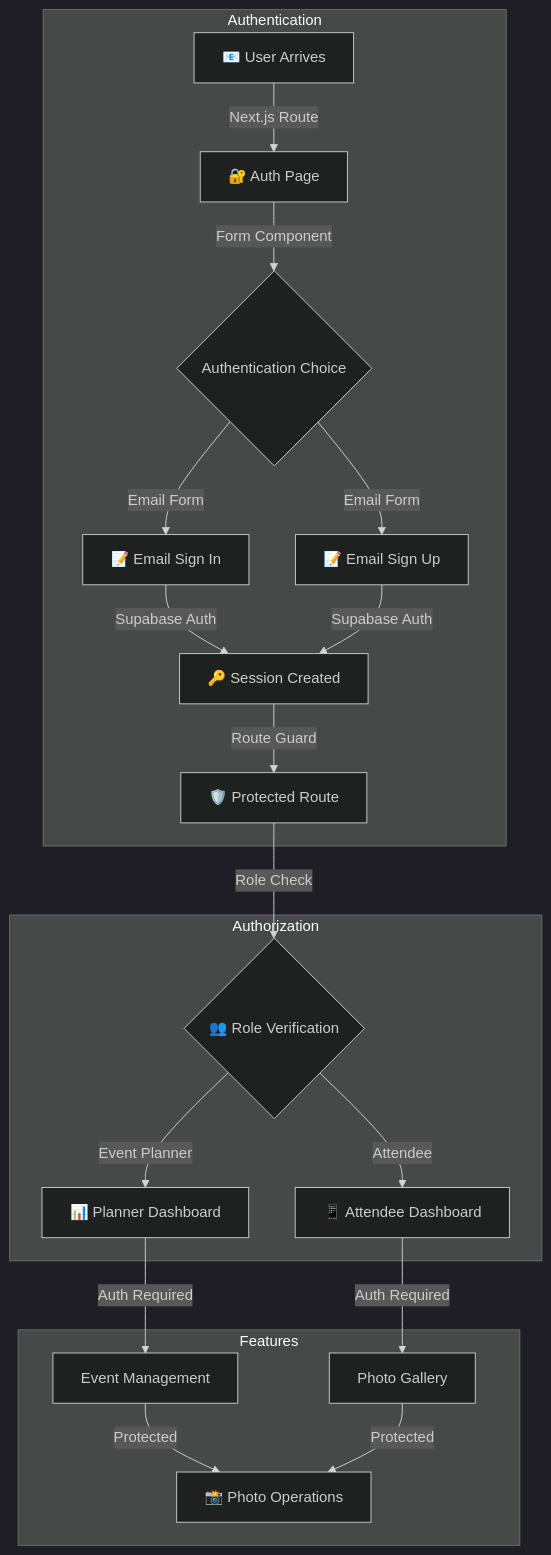
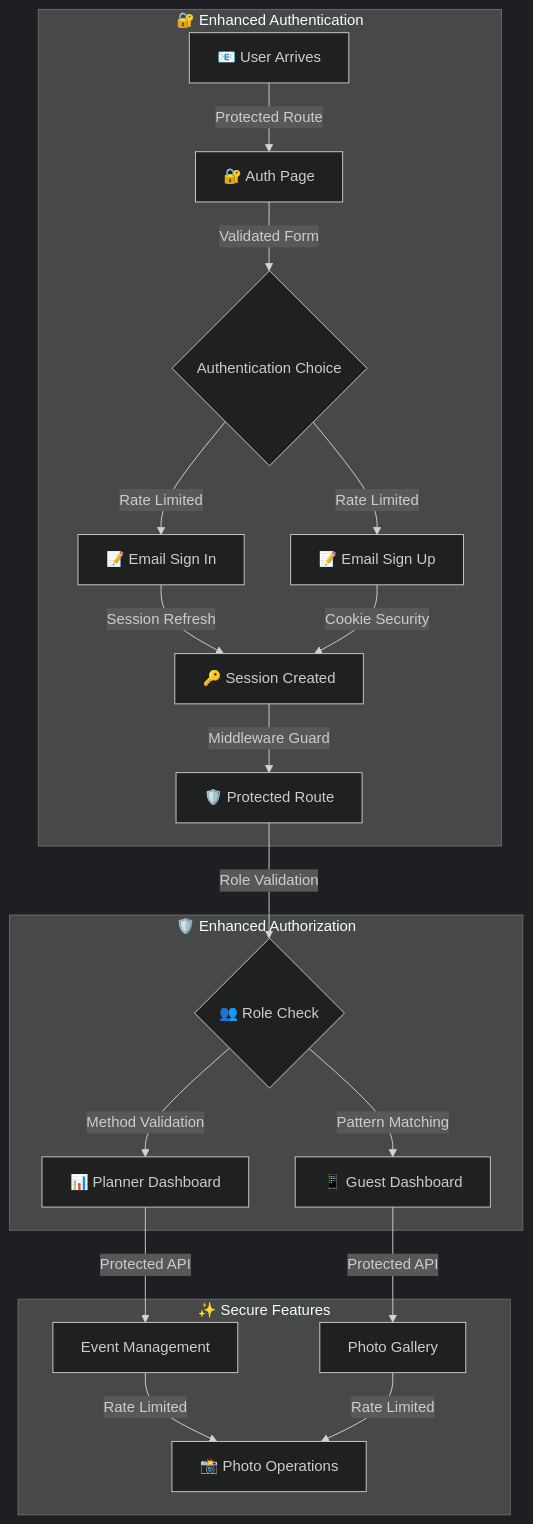
Before and after one commit to mrj0nesmtl/cloud-burst: the diagram in docs/user-flows/user_flow_chart.md, drawn with Mermaid (dark theme). The commit also changed other lines of this file and 16 other files, not shown here.

First line of the commit message:
docs: update project documentation and roadmap

````diff
--- a/docs/user-flows/user_flow_chart.md
+++ b/docs/user-flows/user_flow_chart.md
@@ -8,29 +8,29 @@
 ```mermaid
 graph TD
-    subgraph Authentication
-        A[📧 User Arrives] -->|Next.js Route| B[🔐 Auth Page]
-        B -->|Form Component| C{Authentication Choice}
+    subgraph Authentication [🔐 Enhanced Authentication]
+        A[📧 User Arrives] -->|Protected Route| B[🔐 Auth Page]
+        B -->|Validated Form| C{Authentication Choice}
         
-        C -->|Email Form| D[📝 Email Sign In]
-        C -->|Email Form| E[📝 Email Sign Up]
+        C -->|Rate Limited| D[📝 Email Sign In]
+        C -->|Rate Limited| E[📝 Email Sign Up]
         
-        D -->|Supabase Auth| F[🔑 Session Created]
-        E -->|Supabase Auth| F
+        D -->|Session Refresh| F[🔑 Session Created]
+        E -->|Cookie Security| F
         
-        F -->|Route Guard| G[🛡️ Protected Route]
+        F -->|Middleware Guard| G[🛡️ Protected Route]
     end
 
-    subgraph Authorization
-        G -->|Role Check| H{👥 Role Verification}
-        H -->|Event Planner| I[📊 Planner Dashboard]
-        H -->|Attendee| J[📱 Attendee Dashboard]
+    subgraph Authorization [🛡️ Enhanced Authorization]
+        G -->|Role Validation| H{👥 Role Check}
+        H -->|Method Validation| I[📊 Planner Dashboard]
+        H -->|Pattern Matching| J[📱 Guest Dashboard]
     end
 
-    subgraph Features
-        I -->|Auth Required| K[Event Management]
-        J -->|Auth Required| L[Photo Gallery]
+    subgraph Features [✨ Secure Features]
+        I -->|Protected API| K[Event Management]
+        J -->|Protected API| L[Photo Gallery]
         
-        K -->|Protected| M[📸 Photo Operations]
-        L -->|Protected| M
+        K -->|Rate Limited| M[📸 Photo Operations]
+        L -->|Rate Limited| M
     end
 ```
````
